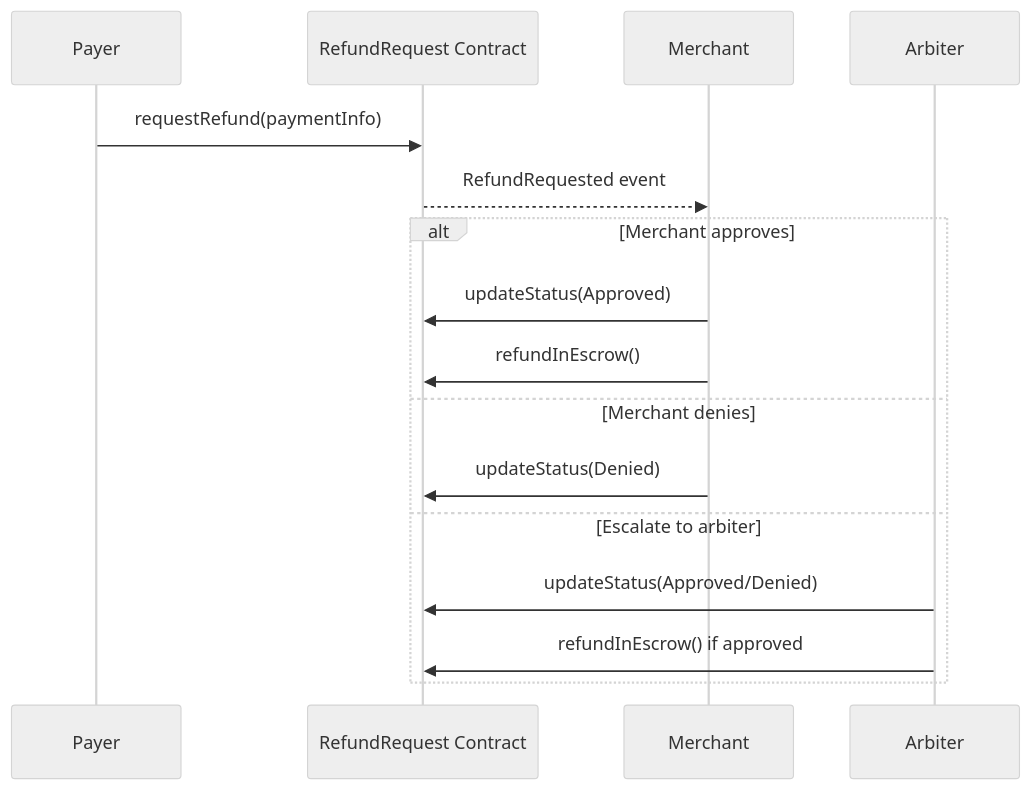
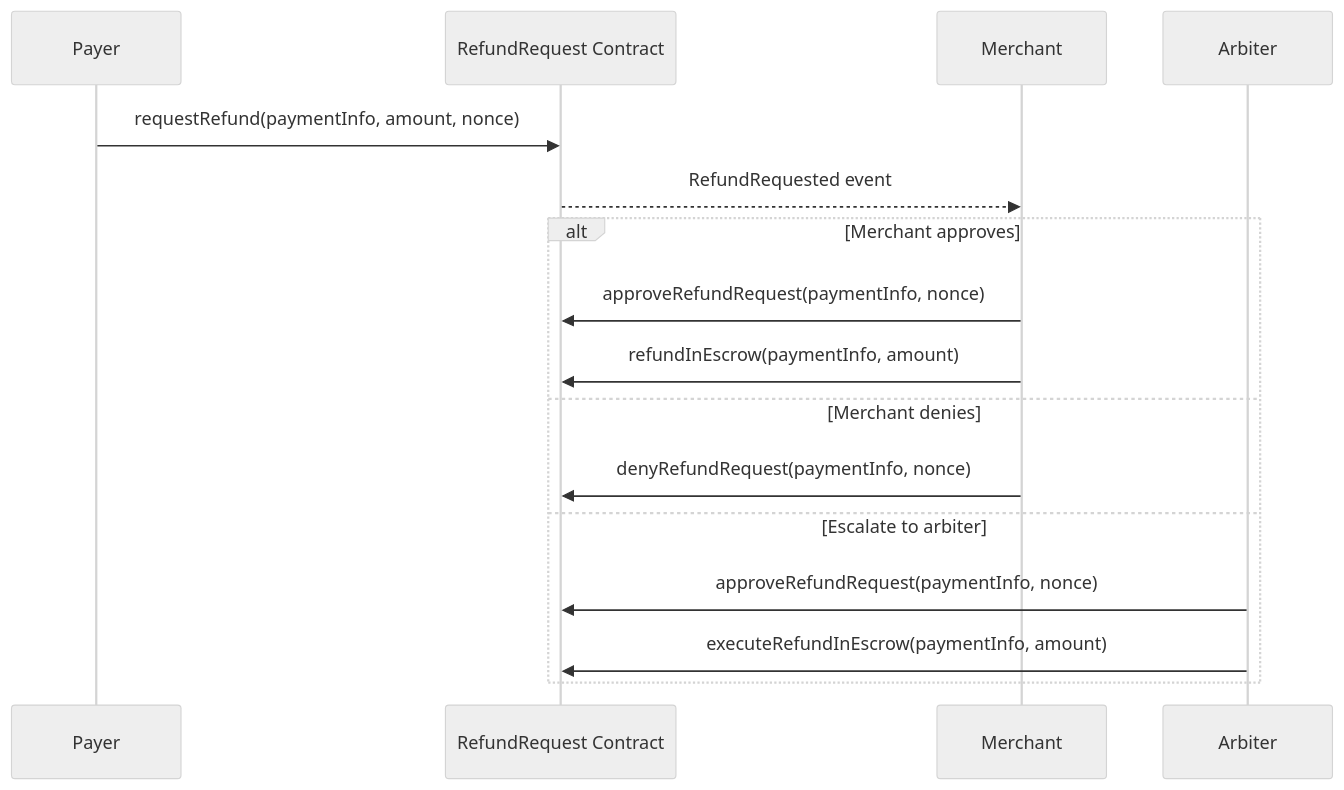
The second of 3 diagrams in sdk/concepts.mdx (BackTrackCo/docs), drawn with Mermaid (neutral theme) before and after one commit. The commit also changed other lines of this file and 34 other files, not shown here.

````diff
--- a/sdk/concepts.mdx
+++ b/sdk/concepts.mdx
@@ -91,20 +95,20 @@
 ```mermaid
 sequenceDiagram
     participant P as Payer
     participant R as RefundRequest Contract
     participant M as Merchant
     participant A as Arbiter
 
-    P->>R: requestRefund(paymentInfo)
+    P->>R: requestRefund(paymentInfo, amount, nonce)
     R-->>M: RefundRequested event
 
     alt Merchant approves
-        M->>R: updateStatus(Approved)
-        M->>R: refundInEscrow()
+        M->>R: approveRefundRequest(paymentInfo, nonce)
+        M->>R: refundInEscrow(paymentInfo, amount)
     else Merchant denies
-        M->>R: updateStatus(Denied)
+        M->>R: denyRefundRequest(paymentInfo, nonce)
     else Escalate to arbiter
-        A->>R: updateStatus(Approved/Denied)
-        A->>R: refundInEscrow() if approved
+        A->>R: approveRefundRequest(paymentInfo, nonce)
+        A->>R: executeRefundInEscrow(paymentInfo, amount)
     end
 ```
````
